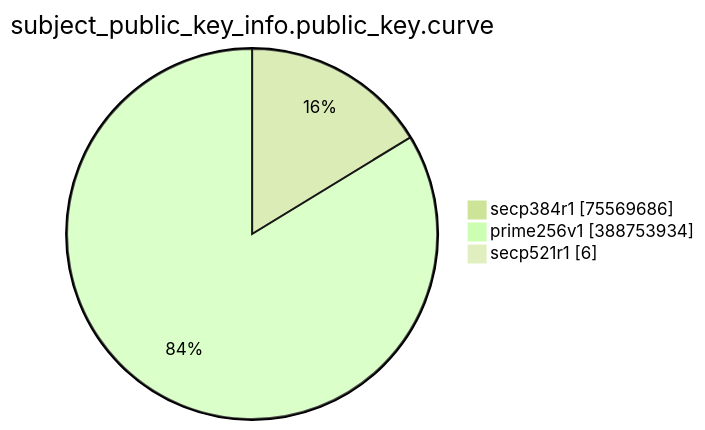
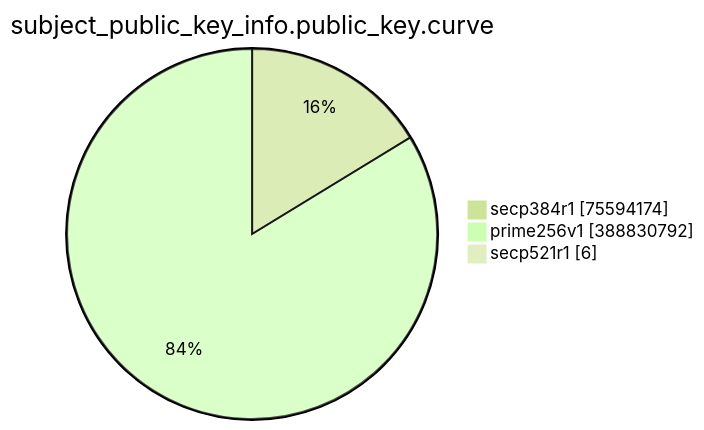
Before and after one commit to christiankrug/ctmonitor_visualization: the eighth of 15 diagrams in TOTAL/README.md, drawn with Mermaid (forest theme). The commit also changed other lines of this file, not shown here.

````diff
--- a/TOTAL/README.md
+++ b/TOTAL/README.md
@@ -3094,7 +3094,7 @@
 ```mermaid
 pie showData
 title subject_public_key_info.public_key.curve
-"secp384r1" :75569686
-"prime256v1" :388753934
+"secp384r1" :75594174
+"prime256v1" :388830792
 "secp521r1" :6
 ```
````
